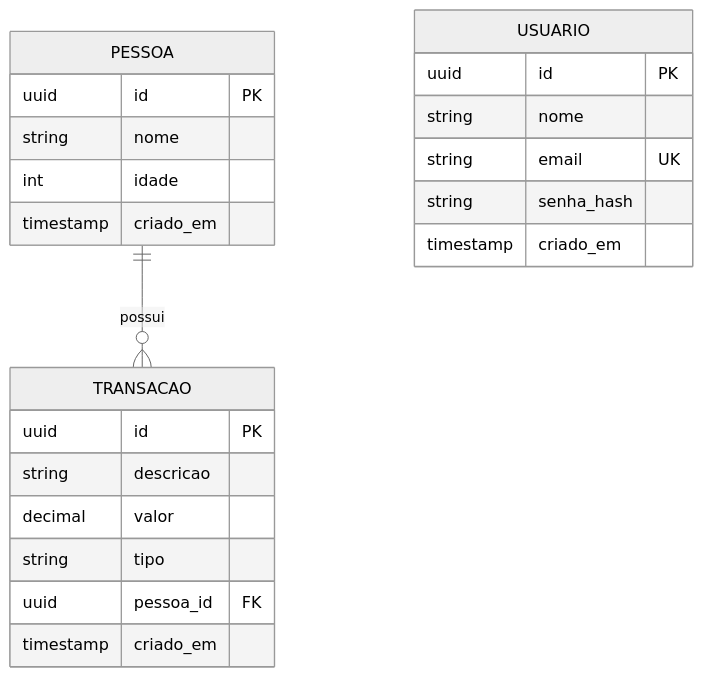
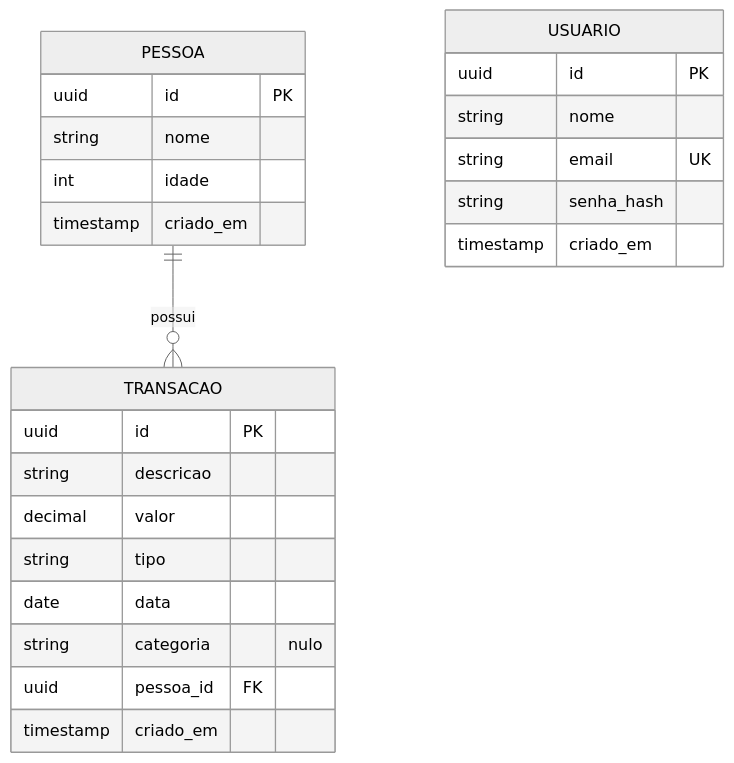
The diagram in docs/04-banco-de-dados.md (mateusnriy/domus-finance), drawn with Mermaid (neutral theme) before and after one commit. The commit also changed other lines of this file and 5 other files, not shown here.

````diff
--- a/docs/04-banco-de-dados.md
+++ b/docs/04-banco-de-dados.md
@@ -7,28 +7,30 @@
 ```mermaid
 erDiagram
     PESSOA ||--o{ TRANSACAO : "possui"
 
     USUARIO {
         uuid id PK
         string nome
         string email UK
         string senha_hash
         timestamp criado_em
     }
 
     PESSOA {
         uuid id PK
         string nome
         int idade
         timestamp criado_em
     }
 
     TRANSACAO {
         uuid id PK
         string descricao
         decimal valor
         string tipo
+        date data
+        string categoria "nulo"
         uuid pessoa_id FK
         timestamp criado_em
     }
 ```
````
